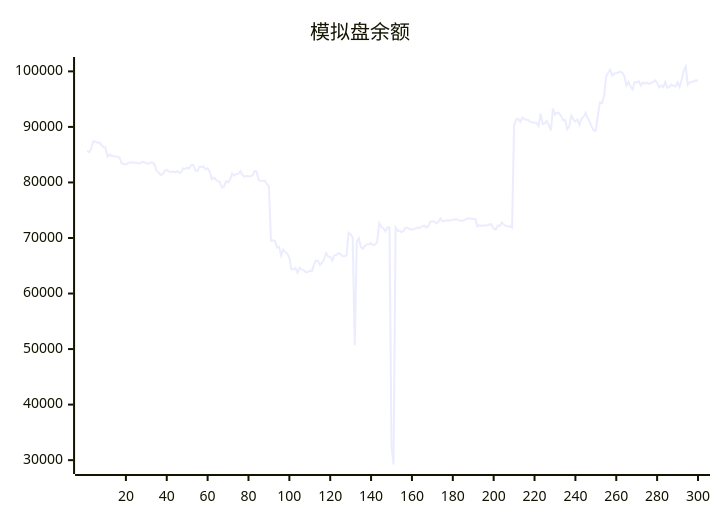
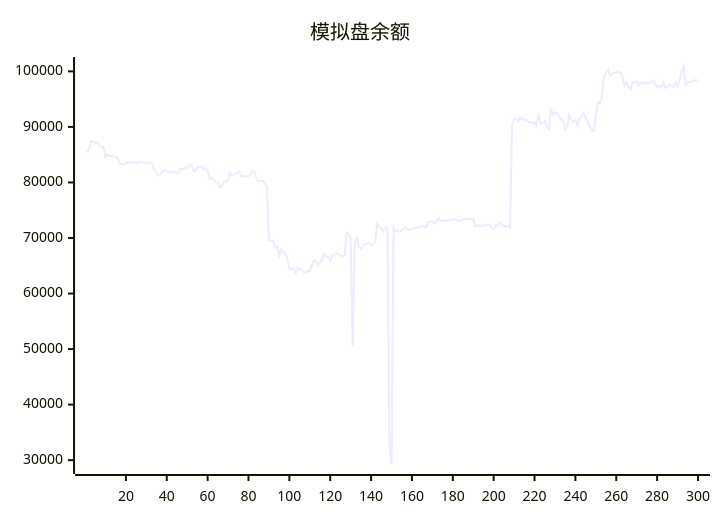
Before and after one commit to aahl/ai-trading: the diagram in README.md, drawn with Mermaid. The commit also changed other lines of this file and 1 other file, not shown here.

````diff
--- a/README.md
+++ b/README.md
@@ -5,5 +5,5 @@
 ```mermaid
 xychart
     title "模拟盘余额"
-    line [85689,85453,86066,87420,87373,87161,87178,86740,86341,86315,84643,85012,84772,84768,84690,84635,84376,83360,83357,83259,83474,83608,83606,83602,83548,83440,83454,83724,83644,83464,83365,83590,83592,83275,82072,81806,81344,81492,82109,82254,82006,81848,81955,81829,82022,81769,81776,82522,82441,82656,82498,83144,83144,82150,82038,82797,82763,82872,82367,82536,81981,80612,80862,80484,80242,80034,79063,79245,80226,80016,80507,81625,81233,81544,81578,82016,81401,81019,81186,81130,81118,81306,82066,81909,80392,80304,80291,80258,79729,79261,69466,69579,69456,68251,68415,66832,67911,67462,67144,66432,64380,64375,64606,63740,64647,64324,64216,63842,63877,64078,64008,65156,65945,65888,65157,65625,66144,67284,66653,66639,65924,66925,66956,67263,67108,66766,66729,66886,70927,70673,70049,50652,69334,69973,68400,68061,68578,68876,68879,69055,68662,68822,69329,72687,71999,71760,71162,71911,71896,32500,29218,71927,71297,71305,71044,71337,71883,71822,71536,71536,71622,71723,71880,71860,72100,72216,71887,72077,72940,72976,72966,72638,72948,73497,73004,73041,73173,73160,73186,73258,73375,73351,73173,73098,73161,73305,73474,73536,73457,73413,73412,72100,72333,72164,72272,72204,72285,72461,72421,71652,71521,72267,72157,72774,72424,72144,72060,72091,71858,90185,91338,91466,90900,91678,91404,91268,91244,90903,90779,90787,90721,90187,92429,90518,90619,91070,90328,89376,93286,92202,92581,92485,91947,91196,91259,89619,90086,92063,91355,90950,91327,90373,91498,91800,92531,91603,90910,90031,89351,89334,92097,94406,94315,95455,98972,99763,100286,99229,99622,99701,99805,99938,99738,99082,97430,98094,97267,96741,98081,98013,98194,97447,97983,97789,97969,97729,97911,98043,98405,97912,97120,97448,97154,98095,97021,97190,97616,97402,97263,98035,97210,98424,100120,100876,97552,98049,98085,98228,98388,98342]
+    line [85453,86066,87420,87373,87161,87178,86740,86341,86315,84643,85012,84772,84768,84690,84635,84376,83360,83357,83259,83474,83608,83606,83602,83548,83440,83454,83724,83644,83464,83365,83590,83592,83275,82072,81806,81344,81492,82109,82254,82006,81848,81955,81829,82022,81769,81776,82522,82441,82656,82498,83144,83144,82150,82038,82797,82763,82872,82367,82536,81981,80612,80862,80484,80242,80034,79063,79245,80226,80016,80507,81625,81233,81544,81578,82016,81401,81019,81186,81130,81118,81306,82066,81909,80392,80304,80291,80258,79729,79261,69466,69579,69456,68251,68415,66832,67911,67462,67144,66432,64380,64375,64606,63740,64647,64324,64216,63842,63877,64078,64008,65156,65945,65888,65157,65625,66144,67284,66653,66639,65924,66925,66956,67263,67108,66766,66729,66886,70927,70673,70049,50652,69334,69973,68400,68061,68578,68876,68879,69055,68662,68822,69329,72687,71999,71760,71162,71911,71896,32500,29218,71927,71297,71305,71044,71337,71883,71822,71536,71536,71622,71723,71880,71860,72100,72216,71887,72077,72940,72976,72966,72638,72948,73497,73004,73041,73173,73160,73186,73258,73375,73351,73173,73098,73161,73305,73474,73536,73457,73413,73412,72100,72333,72164,72272,72204,72285,72461,72421,71652,71521,72267,72157,72774,72424,72144,72060,72091,71858,90185,91338,91466,90900,91678,91404,91268,91244,90903,90779,90787,90721,90187,92429,90518,90619,91070,90328,89376,93286,92202,92581,92485,91947,91196,91259,89619,90086,92063,91355,90950,91327,90373,91498,91800,92531,91603,90910,90031,89351,89334,92097,94406,94315,95455,98972,99763,100286,99229,99622,99701,99805,99938,99738,99082,97430,98094,97267,96741,98081,98013,98194,97447,97983,97789,97969,97729,97911,98043,98405,97912,97120,97448,97154,98095,97021,97190,97616,97402,97263,98035,97210,98424,100120,100876,97552,98049,98085,98228,98388,98342,98488]
 ```
````
